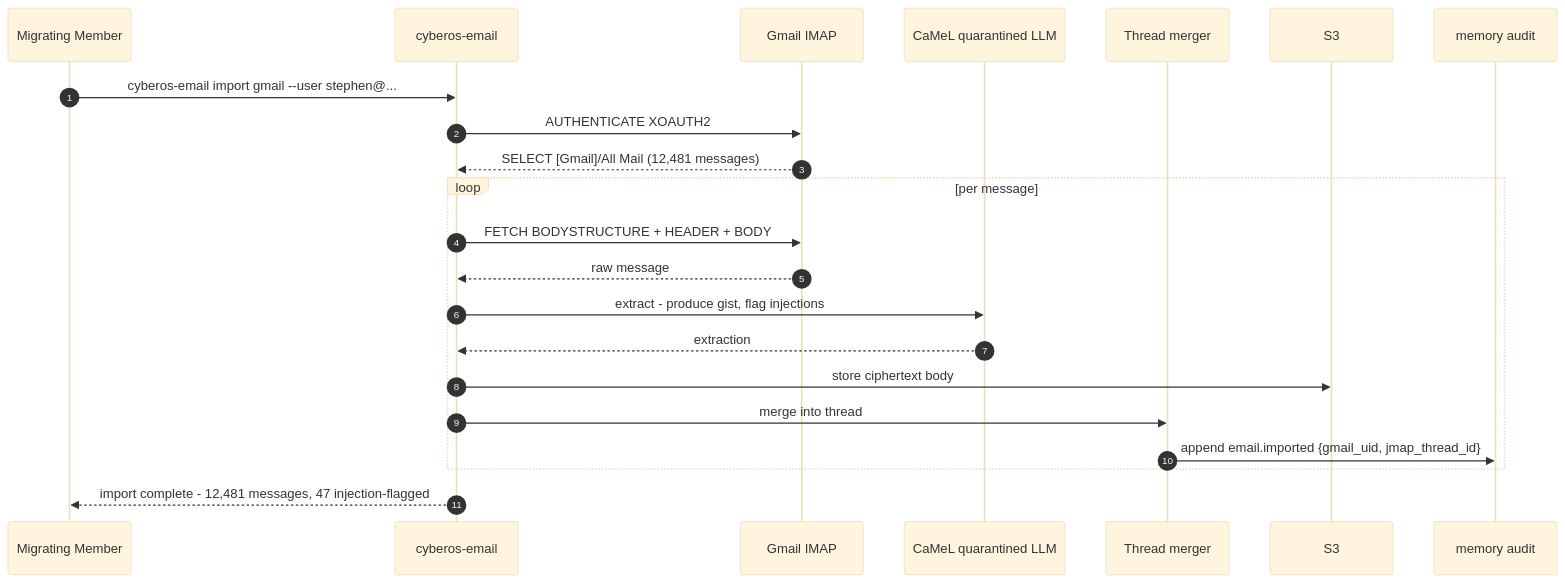
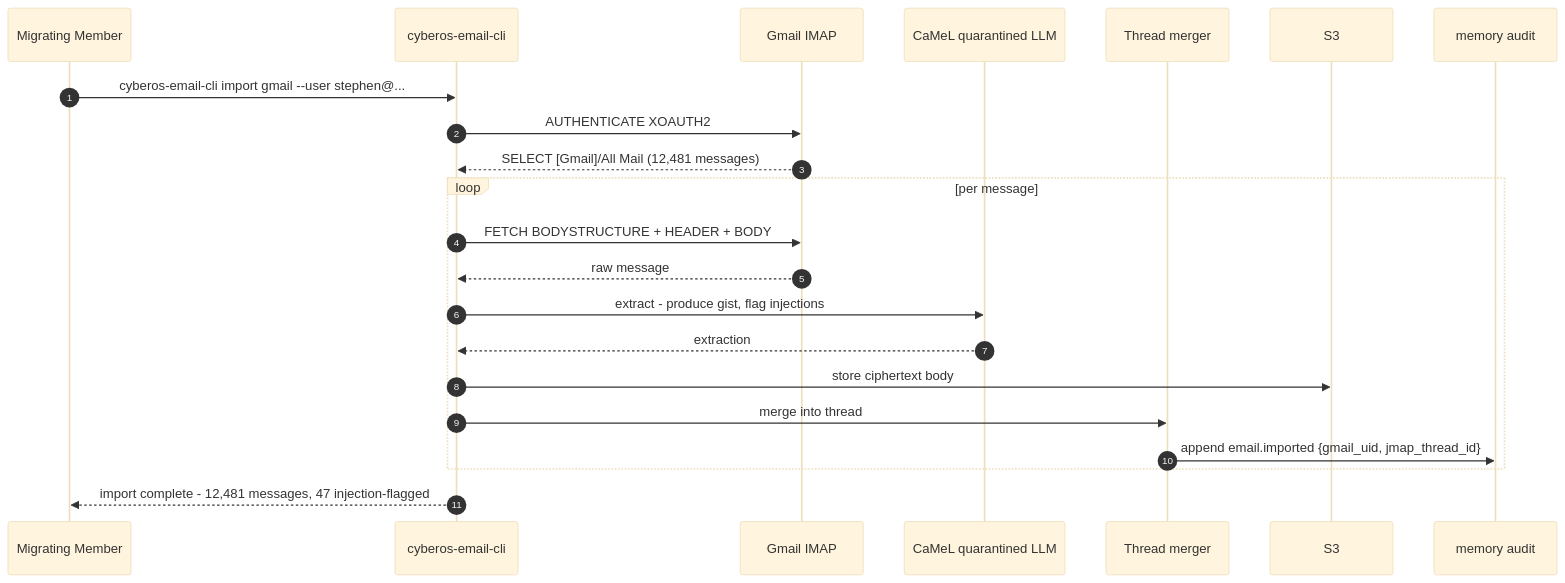
Before and after one commit to cyberskill-official/cyberos: the eighth of 10 diagrams in services/email/docs/index.md, drawn with Mermaid (base theme). The commit also changed other lines of this file and 20 other files, not shown here.

````diff
--- a/services/email/docs/index.md
+++ b/services/email/docs/index.md
@@ -611,24 +611,24 @@
 ```mermaid
 sequenceDiagram
   autonumber
   participant U as Migrating Member
-  participant CLI as cyberos-email
+  participant CLI as cyberos-email-cli
   participant G as Gmail IMAP
   participant Q as CaMeL quarantined LLM
   participant T as Thread merger
   participant S3 as S3
   participant B as memory audit
-  U->>CLI: cyberos-email import gmail --user stephen@...
+  U->>CLI: cyberos-email-cli import gmail --user stephen@...
   CLI->>G: AUTHENTICATE XOAUTH2
   G-->>CLI: SELECT [Gmail]/All Mail (12,481 messages)
   loop per message
     CLI->>G: FETCH BODYSTRUCTURE + HEADER + BODY
     G-->>CLI: raw message
     CLI->>Q: extract - produce gist, flag injections
     Q-->>CLI: extraction
     CLI->>S3: store ciphertext body
     CLI->>T: merge into thread
     T->>B: append email.imported {gmail_uid, jmap_thread_id}
   end
   CLI-->>U: import complete - 12,481 messages, 47 injection-flagged
 ```
````
